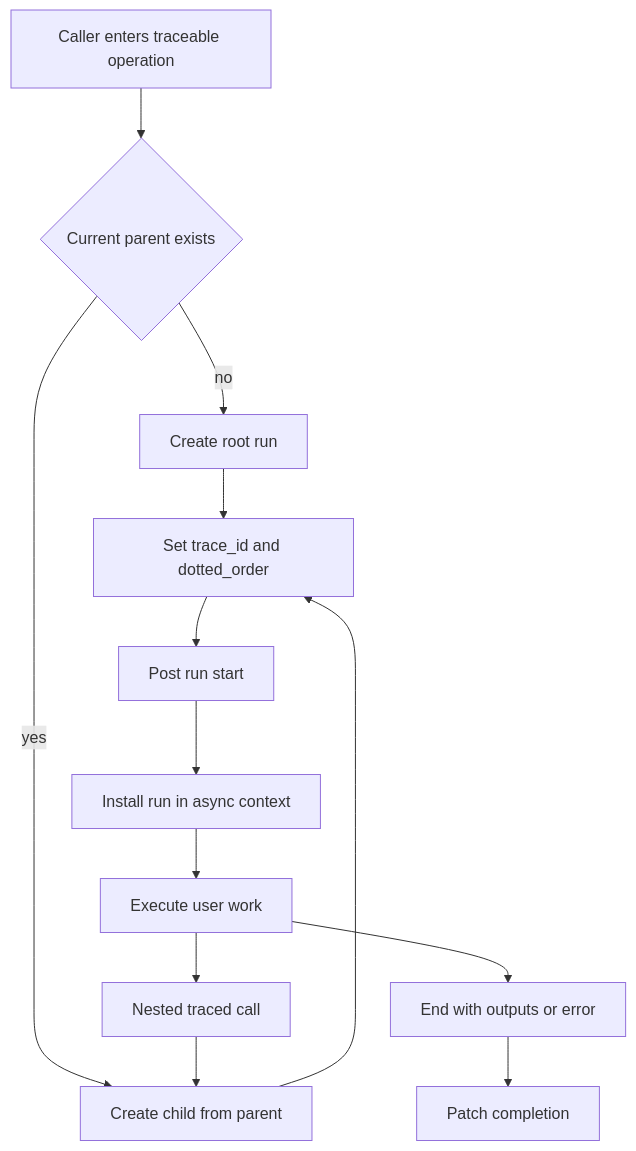
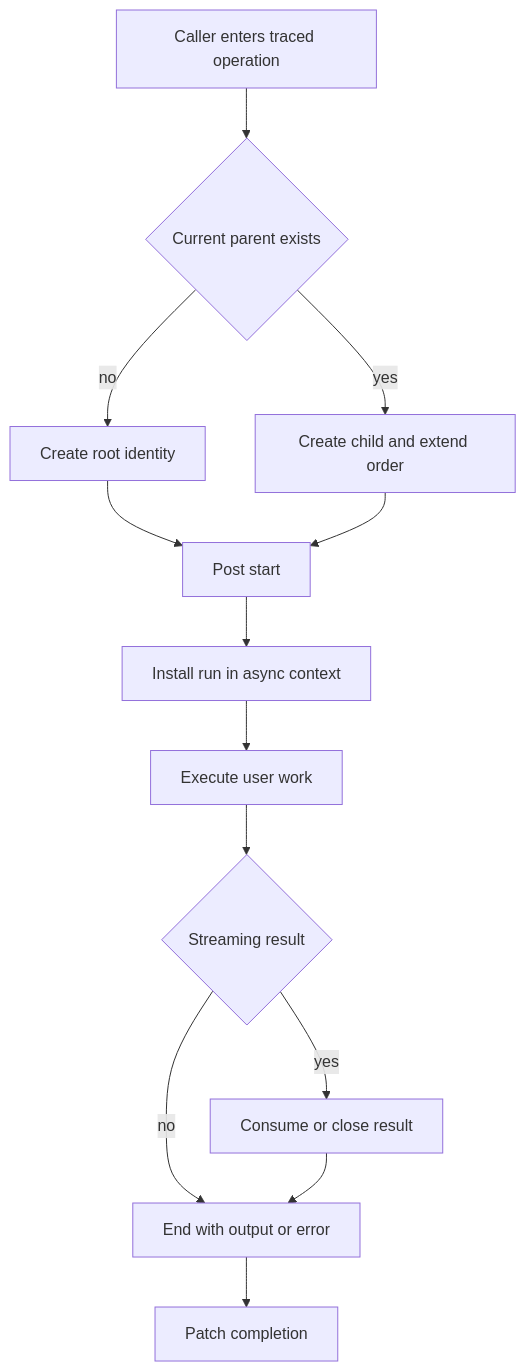
The diagram in openwiki/concepts/run-tree-and-context.md (langchain-ai/langsmith-sdk), drawn with Mermaid before and after one commit. The commit also changed other lines of this file and 34 other files, not shown here.

````diff
--- a/openwiki/concepts/run-tree-and-context.md
+++ b/openwiki/concepts/run-tree-and-context.md
@@ -87,15 +89,15 @@
 ```mermaid
 flowchart TD
-    Caller["Caller enters traceable operation"] --> Parent{"Current parent exists"}
-    Parent -->|no| Root["Create root run"]
-    Parent -->|yes| Child["Create child from parent"]
-    Root --> Identity["Set trace_id and dotted_order"]
-    Child --> Identity
-    Identity --> Start["Post run start"]
+    Caller["Caller enters traced operation"] --> Parent{"Current parent exists"}
+    Parent -->|no| Root["Create root identity"]
+    Parent -->|yes| Child["Create child and extend order"]
+    Root --> Start["Post start"]
+    Child --> Start
     Start --> Context["Install run in async context"]
     Context --> Work["Execute user work"]
-    Work --> Nested["Nested traced call"]
-    Nested --> Child
-    Work --> Finish["End with outputs or error"]
+    Work --> Shape{"Streaming result"}
+    Shape -->|no| Finish["End with output or error"]
+    Shape -->|yes| Consume["Consume or close result"]
+    Consume --> Finish
     Finish --> Patch["Patch completion"]
 ```
````
